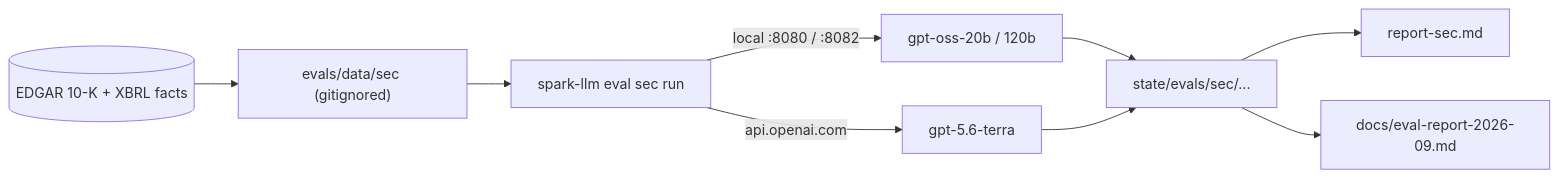
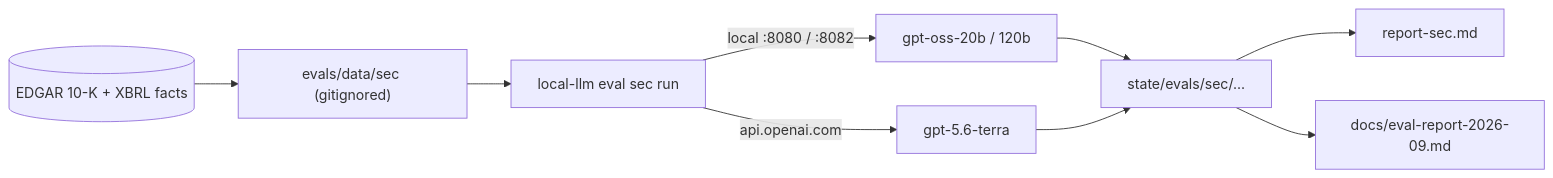
The diagram in docs/eval-report-2026-09.md (skiingfalcon/llama-cpp-spark), drawn with Mermaid before and after one commit. The commit also changed other lines of this file and 34 other files, not shown here.

````diff
--- a/docs/eval-report-2026-09.md
+++ b/docs/eval-report-2026-09.md
@@ -20,11 +20,11 @@
 ```mermaid
 flowchart LR
   edgar[("EDGAR 10-K + XBRL facts")] --> corpus["evals/data/sec (gitignored)"]
-  corpus --> runner["spark-llm eval sec run"]
+  corpus --> runner["local-llm eval sec run"]
   runner -->|"local :8080 / :8082"| oss["gpt-oss-20b / 120b"]
   runner -->|"api.openai.com"| terra["gpt-5.6-terra"]
   oss --> artifacts["state/evals/sec/..."]
   terra --> artifacts
   artifacts --> report["report-sec.md"]
   artifacts --> analysis["docs/eval-report-2026-09.md"]
 ```
````
